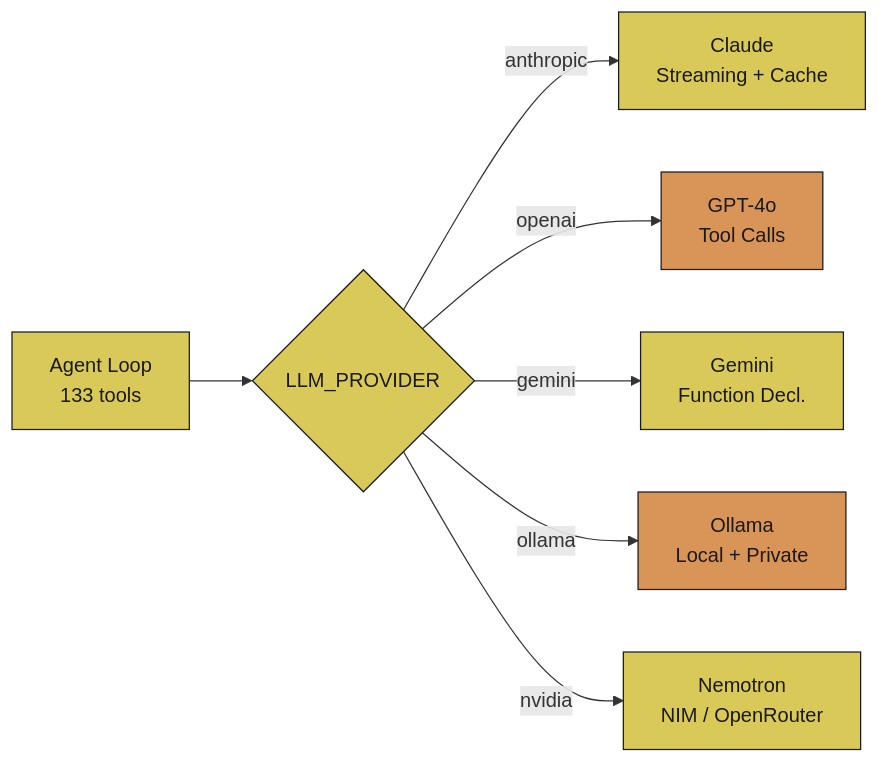
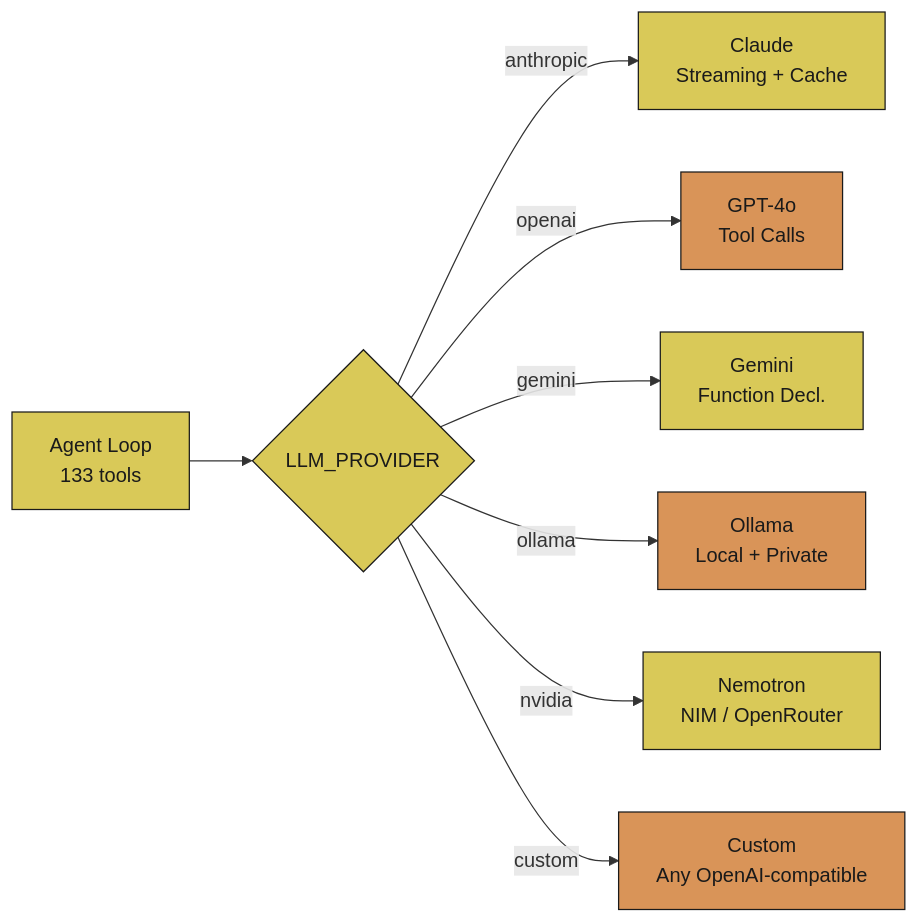
One commit to JosephOIbrahim/Comfy-Cozy changed the fifth of 33 diagrams in README.md. Above: the diagram before and after it, drawn with Mermaid. The commit also changed other lines of this file and 2 other files, not shown here.

````diff
--- a/README.md
+++ b/README.md
@@ -412,14 +435,15 @@
 ```mermaid
 graph LR
     Agent[Agent Loop<br/>133 tools] --> LLM{LLM_PROVIDER}
     LLM -->|anthropic| A["Claude<br/>Streaming + Cache"]
     LLM -->|openai| B["GPT-4o<br/>Tool Calls"]
     LLM -->|gemini| C["Gemini<br/>Function Decl."]
     LLM -->|ollama| D["Ollama<br/>Local + Private"]
     LLM -->|nvidia| E["Nemotron<br/>NIM / OpenRouter"]
+    LLM -->|custom| F["Custom<br/>Any OpenAI-compatible"]
 
     classDef orange fill:#d99458,color:#1a1a1a,stroke:#1a1a1a
     classDef yellow fill:#d9c958,color:#1a1a1a,stroke:#1a1a1a
-    class B,D orange
+    class B,D,F orange
     class Agent,A,C,E,LLM yellow
 ```
````
